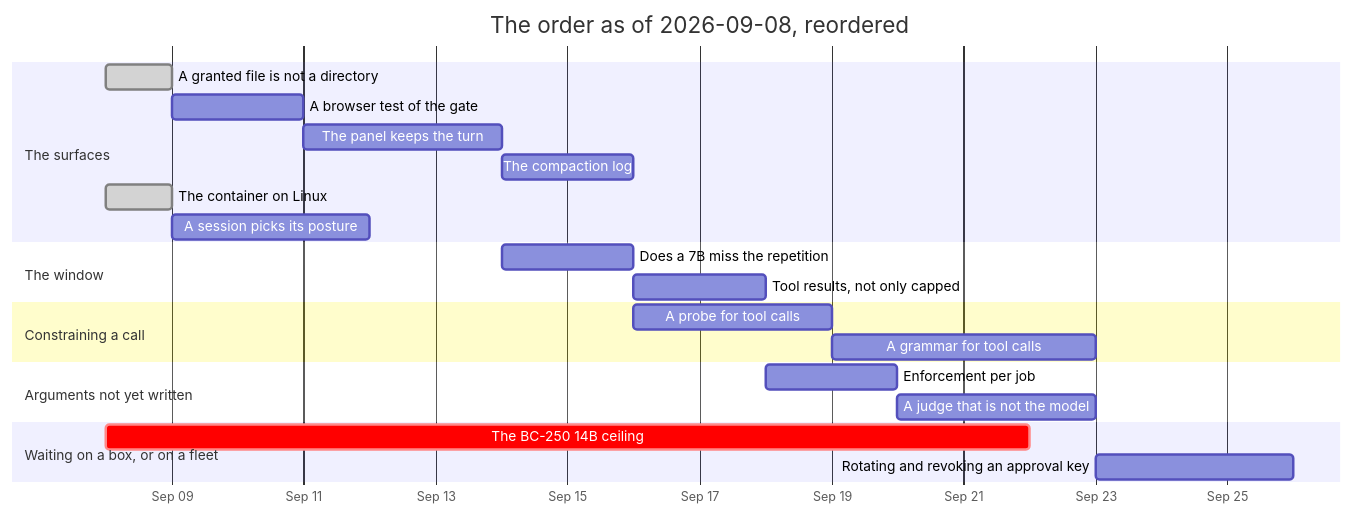
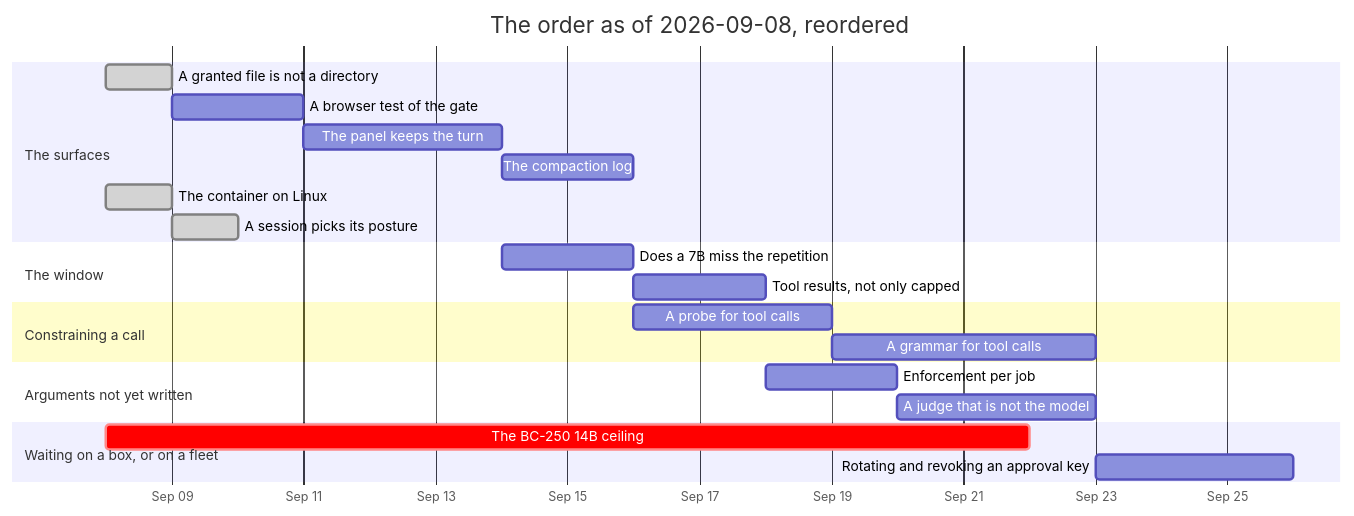
The diagram in ROADMAP/2026-09-08/README.md (jgermade/luu), drawn with Mermaid before and after one commit. The commit also changed other lines of this file and 15 other files, not shown here.

First line of the commit message:
A session picks its posture, and the container dies with it

````diff
--- a/ROADMAP/2026-09-08/README.md
+++ b/ROADMAP/2026-09-08/README.md
@@ -77,25 +77,25 @@
 ```mermaid
 gantt
     title The order as of 2026-09-08, reordered
     dateFormat YYYY-MM-DD
     axisFormat %b %d
     section The surfaces
     A granted file is not a directory      :done, enotdir, 2026-09-08, 1d
     A browser test of the gate             :gate, after enotdir, 2d
     The panel keeps the turn               :panel, after gate, 3d
     The compaction log                     :fold, after panel, 2d
     The container on Linux                 :done, ctr, 2026-09-08, 1d
-    A session picks its posture            :posture, after ctr, 3d
+    A session picks its posture            :done, posture, 2026-09-09, 1d
     section The window
     Does a 7B miss the repetition          :rep, after panel, 2d
     Tool results, not only capped          :steps, after rep, 2d
     section Constraining a call
     A probe for tool calls                 :probe, after fold, 3d
     A grammar for tool calls               :gbnf, after probe, 4d
     section Arguments not yet written
     Enforcement per job                    :enf, after steps, 2d
     A judge that is not the model          :judge, after enf, 3d
     section Waiting on a box, or on a fleet
     The BC-250 14B ceiling                 :crit, bc250, 2026-09-08, 14d
     Rotating and revoking an approval key  :keys, after judge, 3d
 ```
````
